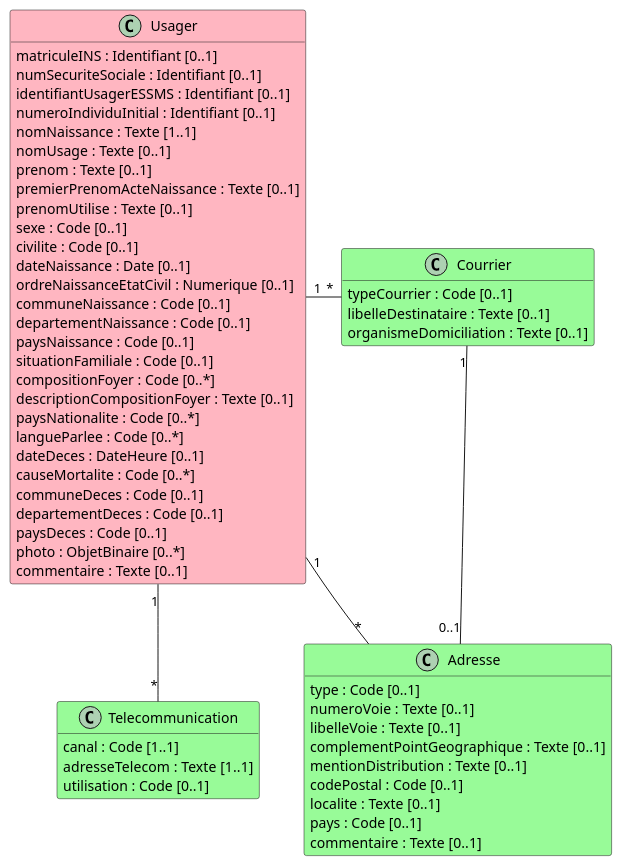
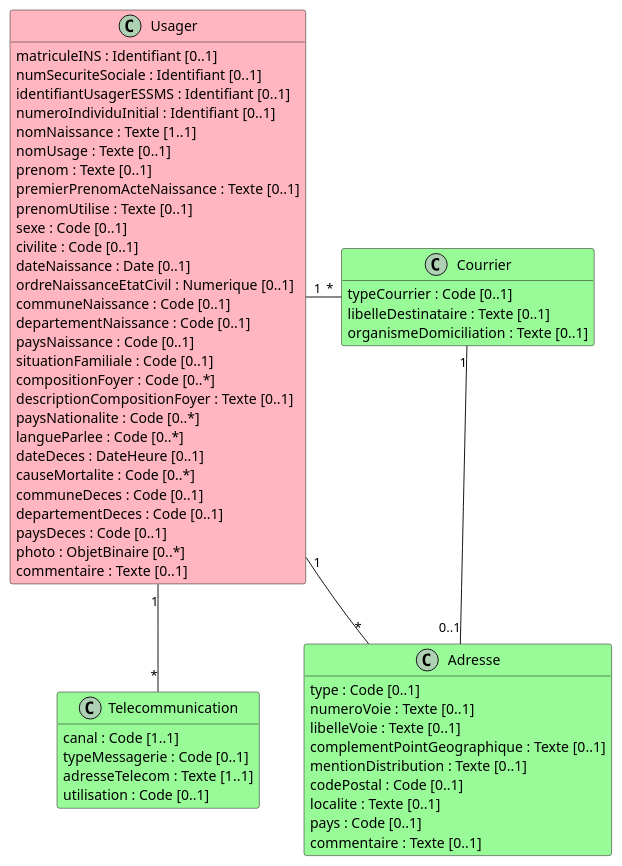
The diagram in input/images-source/bloc_identification_coordonnees.plantuml (ansforge/IG-fhir-medicosocial-transfert-donnees-dui), drawn with PlantUML before and after one commit. The commit also changed 1 other file, not shown here.

Commit message:
lot2 type messagerie

```diff
--- a/input/images-source/bloc_identification_coordonnees.plantuml
+++ b/input/images-source/bloc_identification_coordonnees.plantuml
@@ -1,65 +1,66 @@
 @startuml
 
 hide empty methods
 
 class Usager #LightPink {
     matriculeINS : Identifiant [0..1]
     numSecuriteSociale : Identifiant [0..1]
     identifiantUsagerESSMS : Identifiant [0..1]
     numeroIndividuInitial : Identifiant [0..1]
     nomNaissance : Texte [1..1]
     nomUsage : Texte [0..1]
     prenom : Texte [0..1]
     premierPrenomActeNaissance : Texte [0..1]
     prenomUtilise : Texte [0..1]
     sexe : Code [0..1]
     civilite : Code [0..1]
     dateNaissance : Date [0..1]
     ordreNaissanceEtatCivil : Numerique [0..1]
     communeNaissance : Code [0..1]
     departementNaissance : Code [0..1]
     paysNaissance : Code [0..1]
     situationFamiliale : Code [0..1]
     compositionFoyer : Code [0..*]
     descriptionCompositionFoyer : Texte [0..1]
     paysNationalite : Code [0..*]
     langueParlee : Code [0..*]
     dateDeces : DateHeure [0..1]
     causeMortalite : Code [0..*]
     communeDeces : Code [0..1]
     departementDeces : Code [0..1]
     paysDeces : Code [0..1]
     photo : ObjetBinaire [0..*]
     commentaire : Texte [0..1]
 }
 
 class Adresse #PaleGreen {
     type : Code [0..1]
     numeroVoie : Texte [0..1]
     libelleVoie : Texte [0..1]
     complementPointGeographique : Texte [0..1]
     mentionDistribution : Texte [0..1]
     codePostal : Code [0..1]
     localite : Texte [0..1]
     pays : Code [0..1]
     commentaire : Texte [0..1]
 }
 
 class Telecommunication #PaleGreen {
     canal : Code [1..1]
+    typeMessagerie : Code [0..1]
     adresseTelecom : Texte [1..1]
     utilisation : Code [0..1]
 }
 
 class Courrier #PaleGreen {
     typeCourrier : Code [0..1]
     libelleDestinataire : Texte [0..1]
     organismeDomiciliation : Texte [0..1]
 }
 
 Usager "1" -- "*" Adresse
 Usager "1" -- "*" Telecommunication
 Usager "1" - "*" Courrier
 Courrier "1" - "0..1" Adresse
 
 @enduml
```
